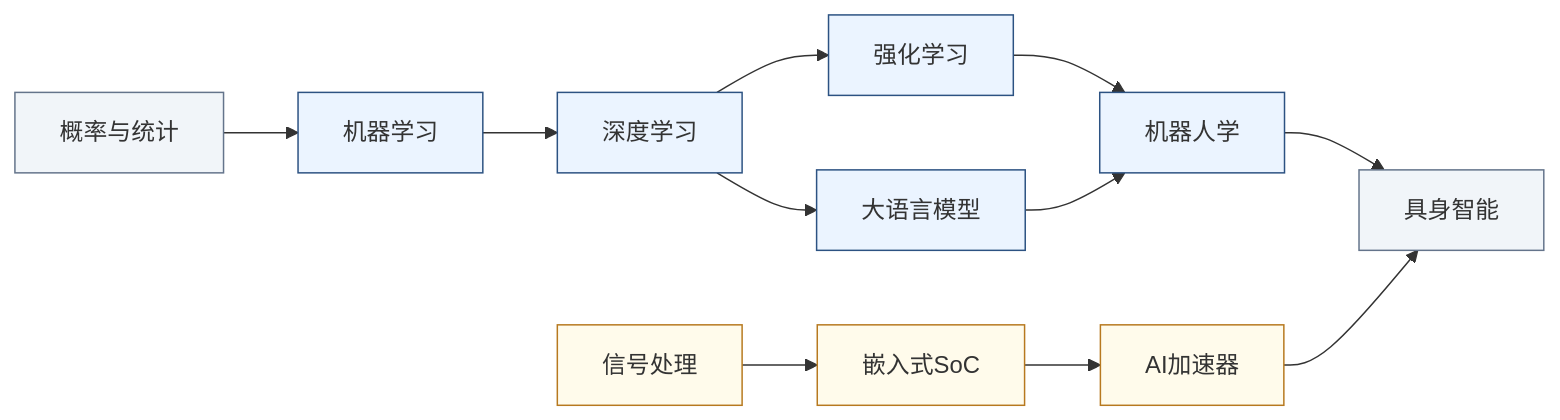
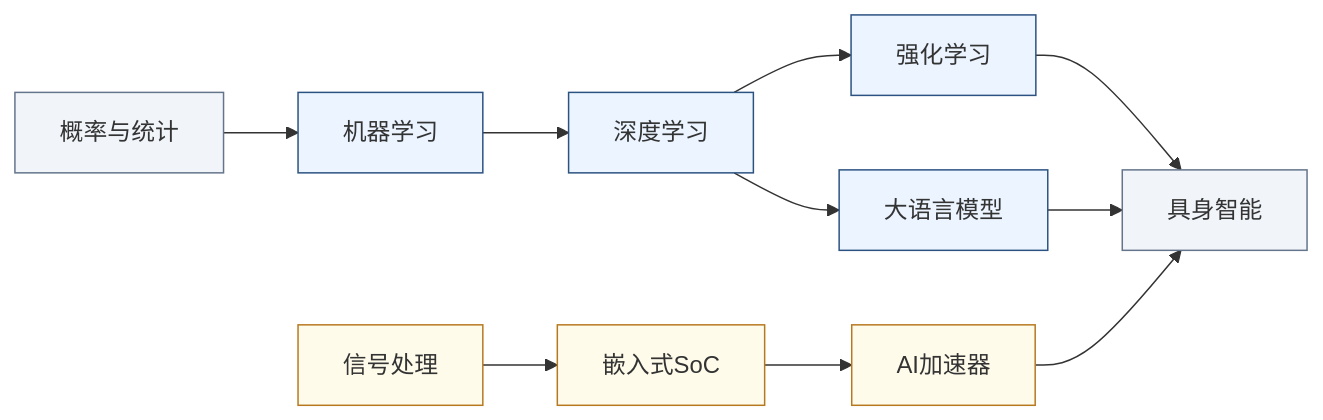
Before and after one commit to Crys-Chen/ic-guide: the diagram in docs/科研方向/具身智能.md, drawn with Mermaid. The commit also changed other lines of this file and 15 other files, not shown here.

````diff
--- a/docs/科研方向/具身智能.md
+++ b/docs/科研方向/具身智能.md
@@ -245,20 +245,19 @@
 ```mermaid
 graph LR
     PROB[概率与统计] --> ML[机器学习]
     ML --> DL[深度学习]
     DL --> RL[强化学习]
     DL --> LLM[大语言模型]
-    RL --> ROB[机器人学]
-    LLM --> ROB
+    RL --> E[具身智能]
+    LLM --> E
     SIG[信号处理] --> SOC[嵌入式SoC]
     SOC --> ACC[AI加速器]
-    ROB --> E[具身智能]
     ACC --> E
 
     classDef hw fill:#FFFBEB,stroke:#B7791F
     classDef sw fill:#EBF4FF,stroke:#2C5282
     classDef base fill:#F1F5F9,stroke:#64748B
     class SIG,SOC,ACC hw
-    class ML,DL,RL,LLM,ROB sw
+    class ML,DL,RL,LLM sw
     class PROB,E base
 ```
````
